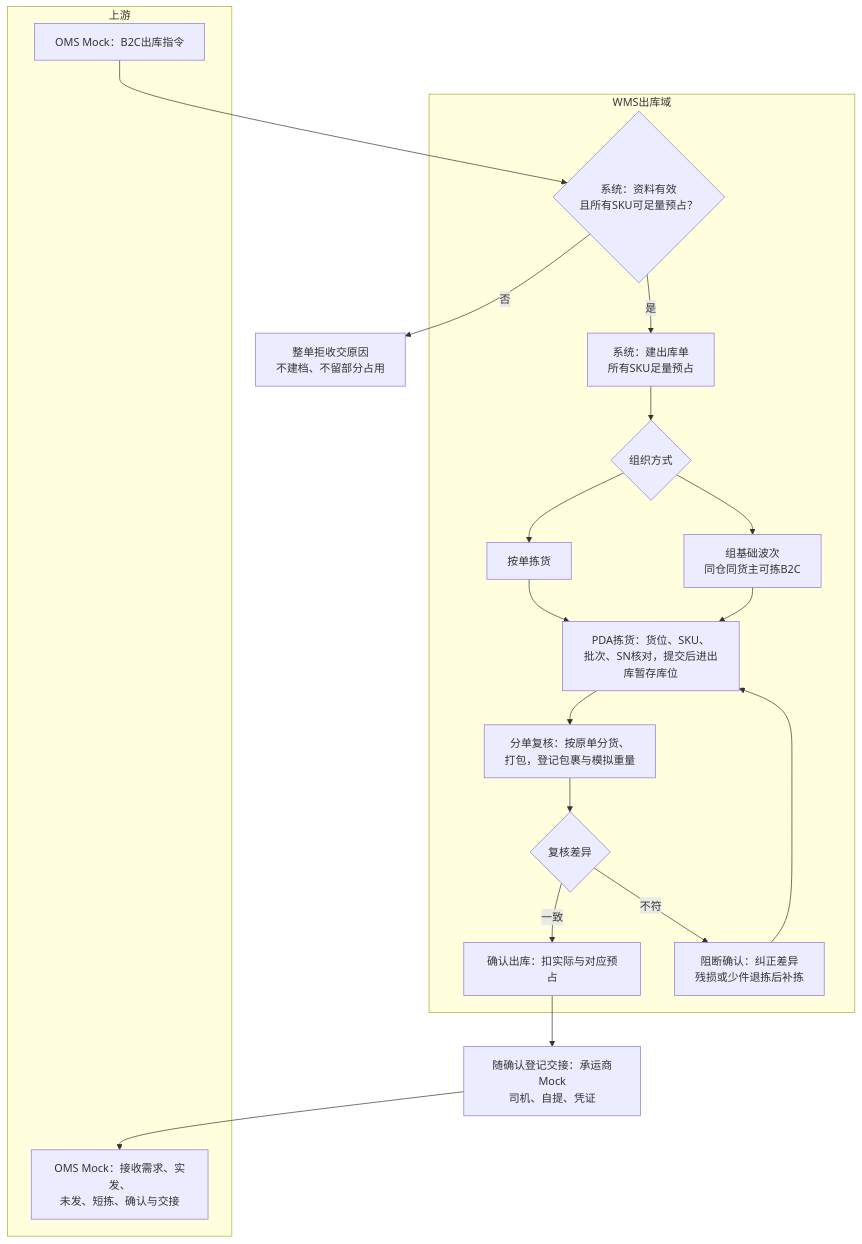
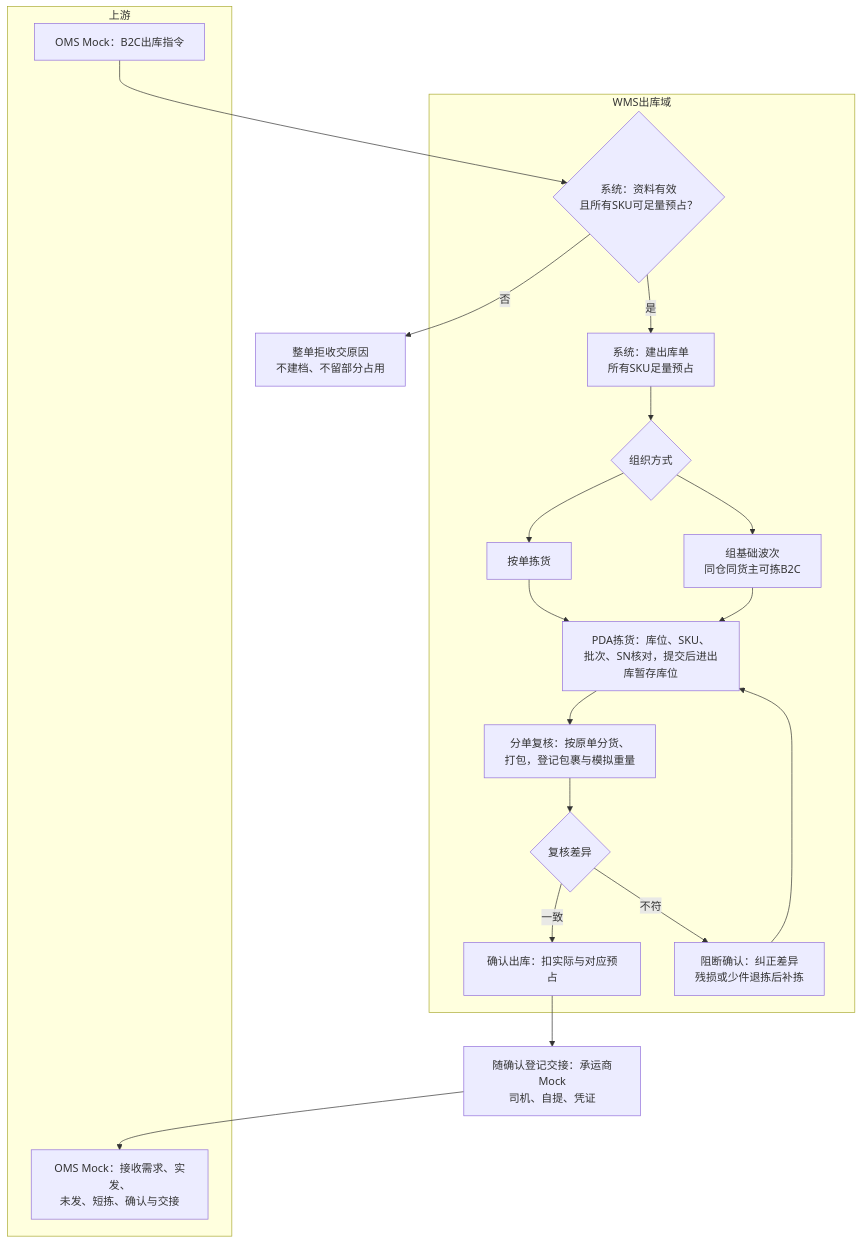
Before and after one commit to TopVitamin/QS-WMS-Project: the third of 6 diagrams in 05-应用设计方案/20261002-MVP版本/系统架构设计/01-系统流程与单据交互.md, drawn with Mermaid. The commit also changed other lines of this file and 139 other files, not shown here.

````diff
--- a/05-应用设计方案/20261002-MVP版本/系统架构设计/01-系统流程与单据交互.md
+++ b/05-应用设计方案/20261002-MVP版本/系统架构设计/01-系统流程与单据交互.md
@@ -162,32 +163,32 @@
 ```mermaid
 flowchart TB
     subgraph 上游
         M1[OMS Mock：B2C出库指令]
         M2[OMS Mock：接收需求、实发、<br/>未发、短拣、确认与交接]
     end
     subgraph WMS出库域
         E0{系统：资料有效<br/>且所有SKU可足量预占？}
         E1[系统：建出库单<br/>所有SKU足量预占]
         W1{组织方式}
         W2[按单拣货]
         W3[组基础波次<br/>同仓同货主可拣B2C]
-        P1[PDA拣货：货位、SKU、<br/>批次、SN核对，提交后进出库暂存库位]
+        P1[PDA拣货：库位、SKU、<br/>批次、SN核对，提交后进出库暂存库位]
         S1[分单复核：按原单分货、<br/>打包，登记包裹与模拟重量]
         C1{复核差异}
         C2[确认出库：扣实际与对应预占]
         C3[阻断确认：纠正差异<br/>残损或少件退拣后补拣]
     end
     M1 --> E0
     E0 -->|是| E1
     E0 -->|否| X[整单拒收交原因<br/>不建档、不留部分占用]
     E1 --> W1
     W1 --> W2 --> P1
     W1 --> W3 --> P1
     P1 --> S1
     S1 --> C1
     C1 -->|一致| C2
     C1 -->|不符| C3
     C2 --> D1[随确认登记交接：承运商Mock<br/>司机、自提、凭证]
     D1 --> M2
     C3 --> P1
 ```
````
